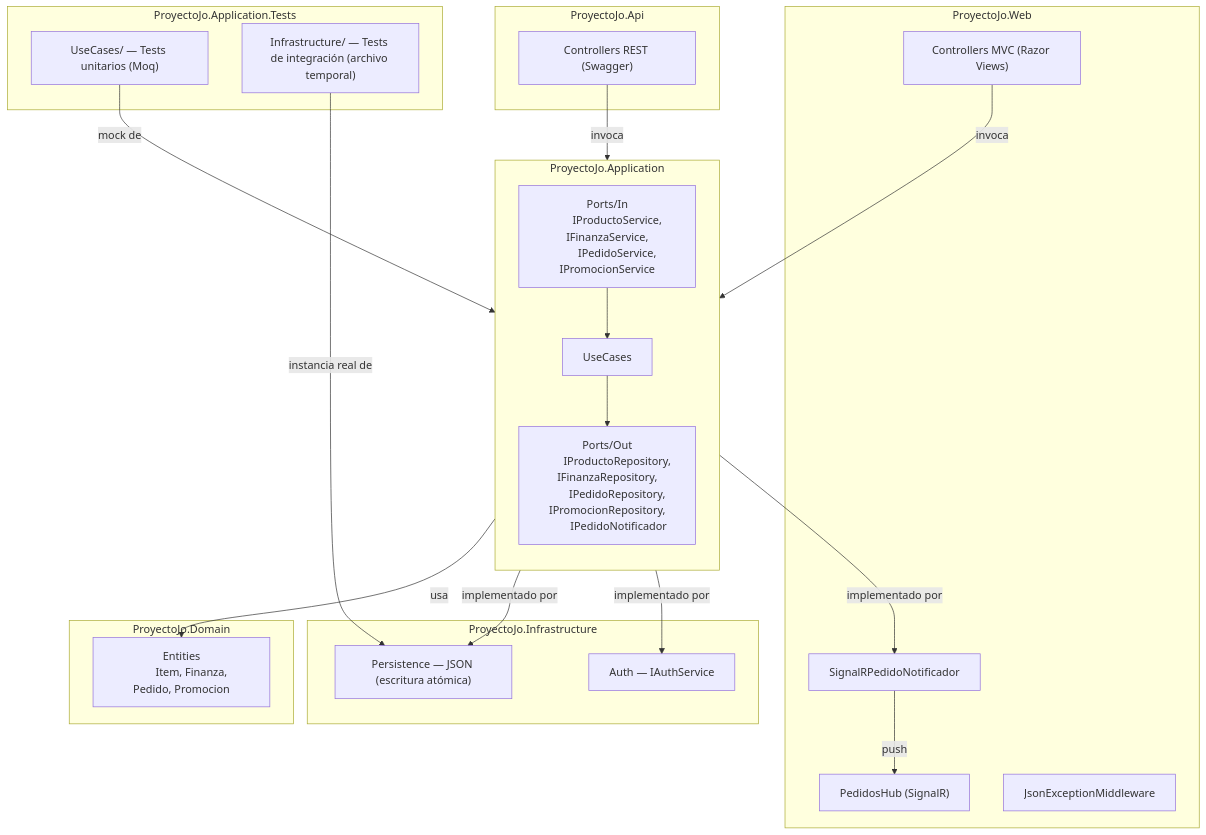
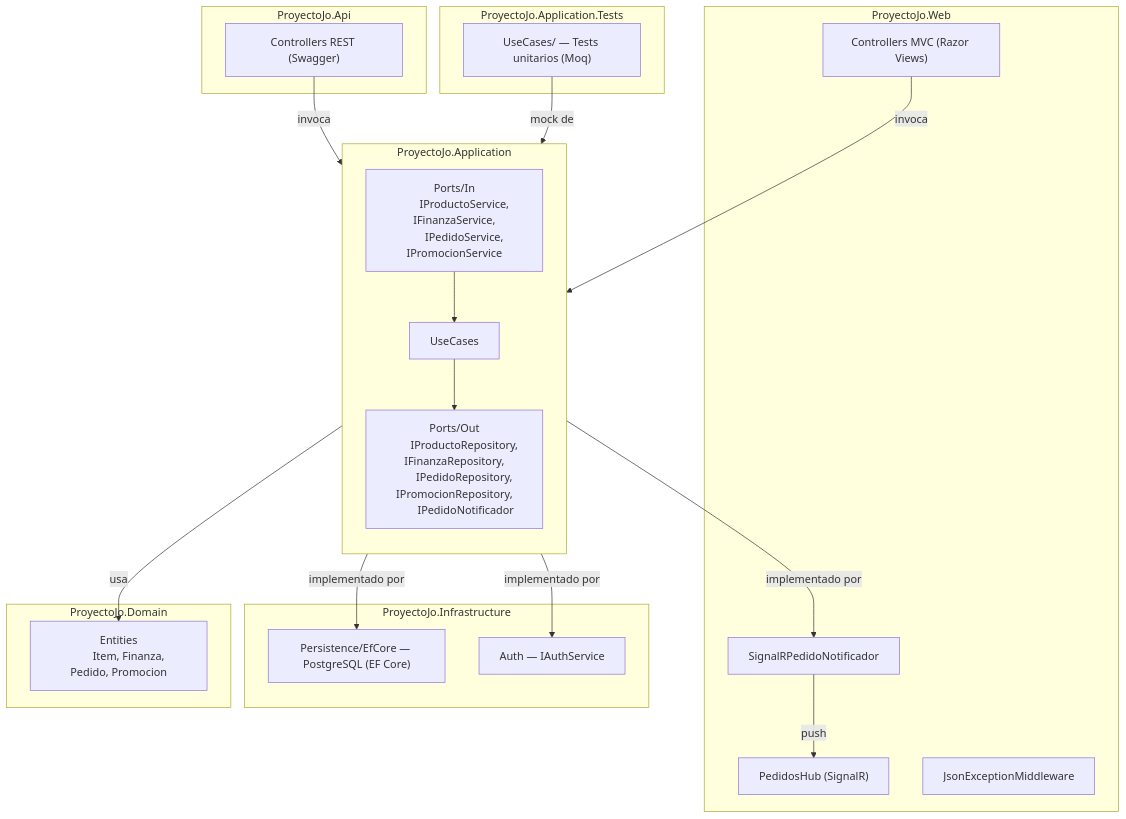
One commit to Joako601/Proyecto-Jo changed the first of 2 diagrams in README.md. Above: the diagram before and after it, drawn with Mermaid. The commit also changed other lines of this file and 5 other files, not shown here.

````diff
--- a/README.md
+++ b/README.md
@@ -57,52 +57,50 @@
 ```mermaid
 flowchart TD
 
     subgraph DOMAIN ["ProyectoJo.Domain"]
         ENT["Entities
         Item, Finanza, Pedido, Promocion"]
     end
 
     subgraph APPLICATION ["ProyectoJo.Application"]
         direction TB
         PIN["Ports/In
         IProductoService, IFinanzaService,
         IPedidoService, IPromocionService"]
         UC["UseCases"]
         POUT["Ports/Out
         IProductoRepository, IFinanzaRepository,
         IPedidoRepository, IPromocionRepository,
         IPedidoNotificador"]
         PIN --> UC --> POUT
     end
 
     subgraph WEB ["ProyectoJo.Web"]
         WC["Controllers MVC (Razor Views)"]
         HUB["PedidosHub (SignalR)"]
         NOTIF["SignalRPedidoNotificador"]
         MW["JsonExceptionMiddleware"]
     end
 
     subgraph API ["ProyectoJo.Api"]
         AC["Controllers REST (Swagger)"]
     end
 
     subgraph INFRA ["ProyectoJo.Infrastructure"]
-        PERS["Persistence — JSON (escritura atómica)"]
+        PERS["Persistence/EfCore — PostgreSQL (EF Core)"]
         AUTH["Auth — IAuthService"]
     end
 
     subgraph TESTS ["ProyectoJo.Application.Tests"]
         UT["UseCases/ — Tests unitarios (Moq)"]
-        IT["Infrastructure/ — Tests de integración (archivo temporal)"]
     end
 
     WC -->|invoca| PIN
     AC -->|invoca| PIN
     UC -->|usa| ENT
     POUT -->|implementado por| PERS
     POUT -->|implementado por| AUTH
     POUT -->|implementado por| NOTIF
     NOTIF -->|push| HUB
     UT -->|mock de| POUT
-    IT -->|instancia real de| PERS
 ```
````
